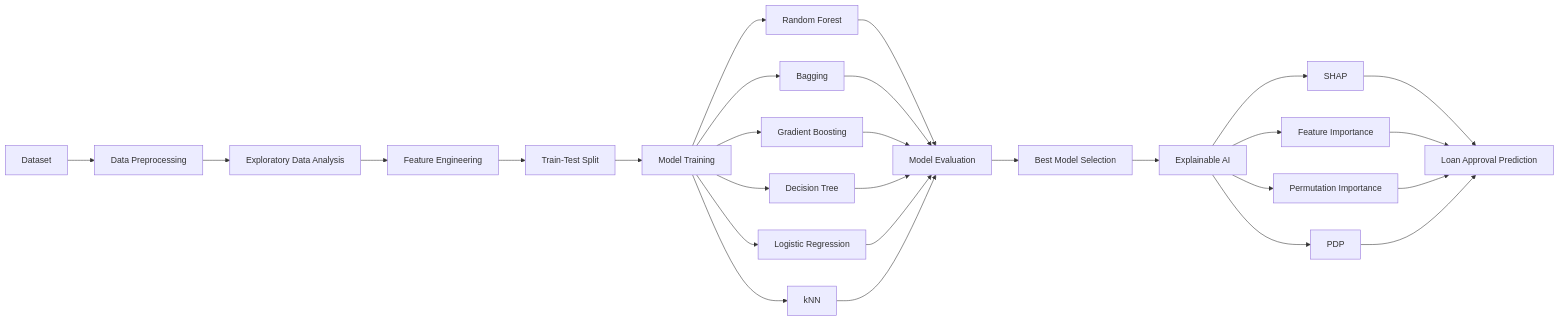
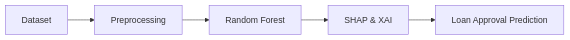
The diagram in README.md (oshitha191/LoanApprovalAnalytics), drawn with Mermaid before and after one commit. The commit also changed other lines of this file, not shown here.

````diff
--- a/README.md
+++ b/README.md
@@ -7,34 +22,7 @@
 ```mermaid
 flowchart LR
-    A[Dataset] --> B[Data Preprocessing]
-    B --> C[Exploratory Data Analysis]
-    C --> D[Feature Engineering]
-    D --> E[Train-Test Split]
-
-    E --> F[Model Training]
-    F --> G1[Random Forest]
-    F --> G2[Bagging]
-    F --> G3[Gradient Boosting]
-    F --> G4[Decision Tree]
-    F --> G5[Logistic Regression]
-    F --> G6[kNN]
-
-    G1 --> H[Model Evaluation]
-    G2 --> H
-    G3 --> H
-    G4 --> H
-    G5 --> H
-    G6 --> H
-
-    H --> I[Best Model Selection]
-    I --> J[Explainable AI]
-    J --> K1[SHAP]
-    J --> K2[Feature Importance]
-    J --> K3[Permutation Importance]
-    J --> K4[PDP]
-
-    K1 --> L[Loan Approval Prediction]
-    K2 --> L
-    K3 --> L
-    K4 --> L
+    A[Dataset] --> B[Preprocessing]
+    B --> C[Random Forest]
+    C --> D[SHAP & XAI]
+    D --> E[Loan Approval Prediction]
 ```
````
